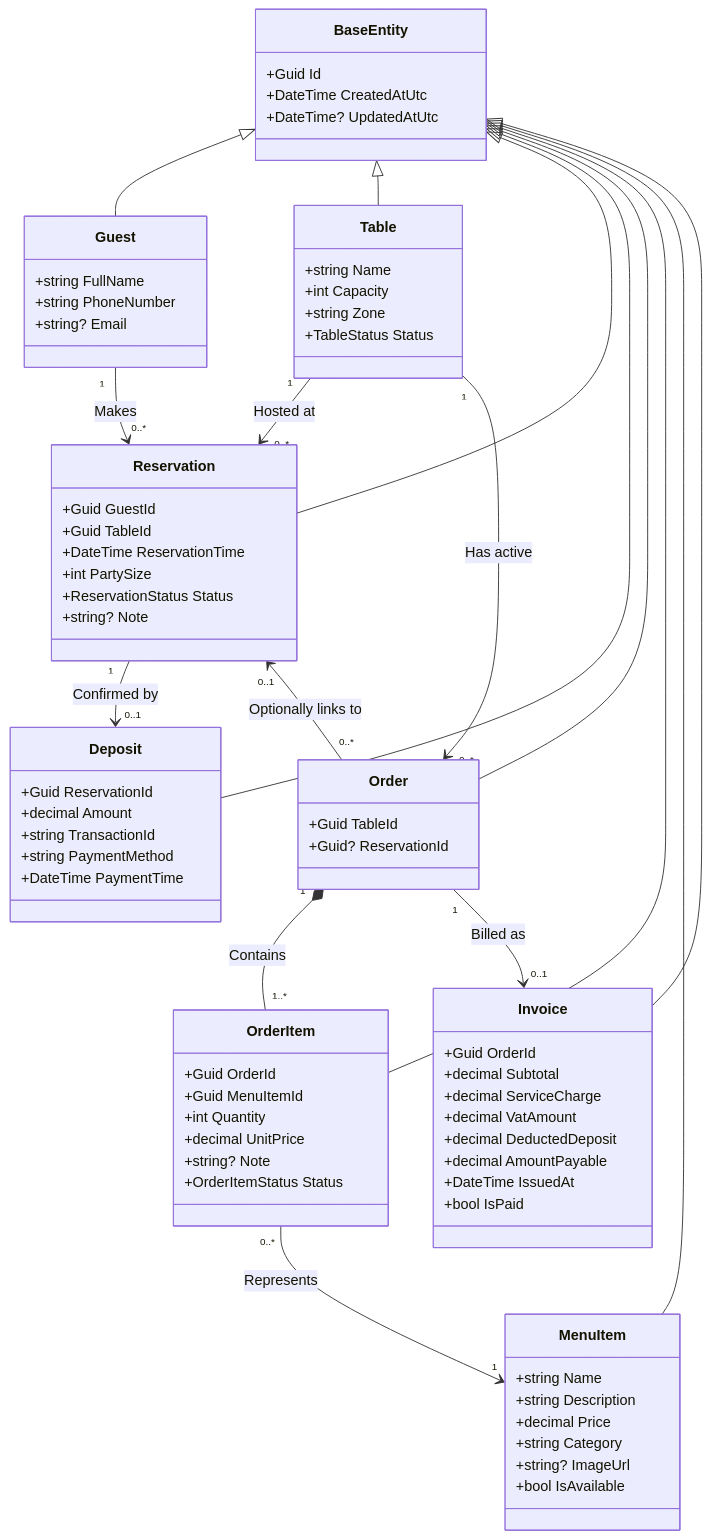
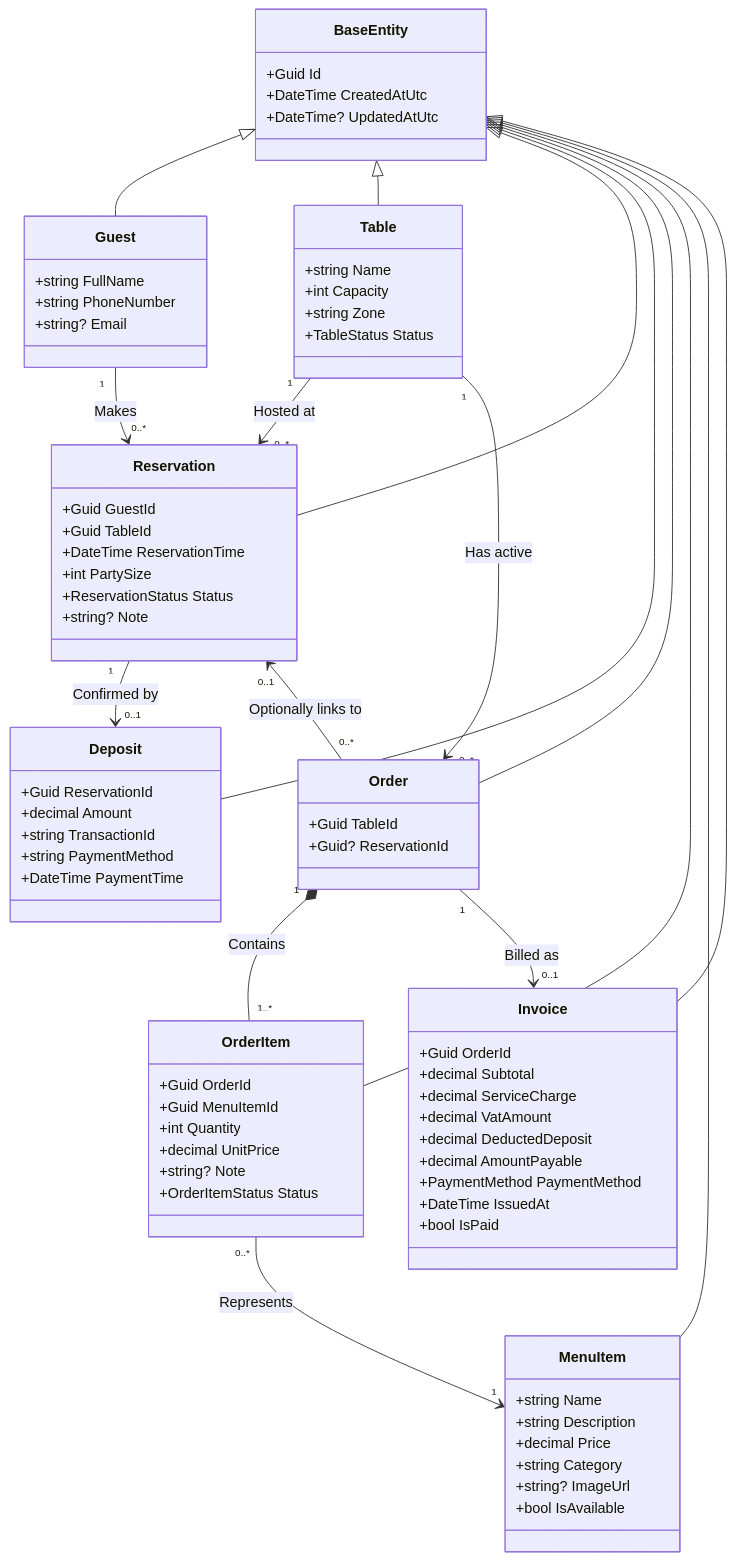
Before and after one commit to AndrewQng/VinDining: the diagram in docs/phase1/class_diagram.md, drawn with Mermaid. The commit also changed 9 other files, not shown here.

Commit message:
docs: add phase 1 process diagrams, class definitions, and documentation updates

```diff
--- a/docs/phase1/class_diagram.md
+++ b/docs/phase1/class_diagram.md
@@ -68,6 +68,7 @@
         +decimal VatAmount
         +decimal DeductedDeposit
         +decimal AmountPayable
+        +PaymentMethod PaymentMethod
         +DateTime IssuedAt
         +bool IsPaid
     }
```
